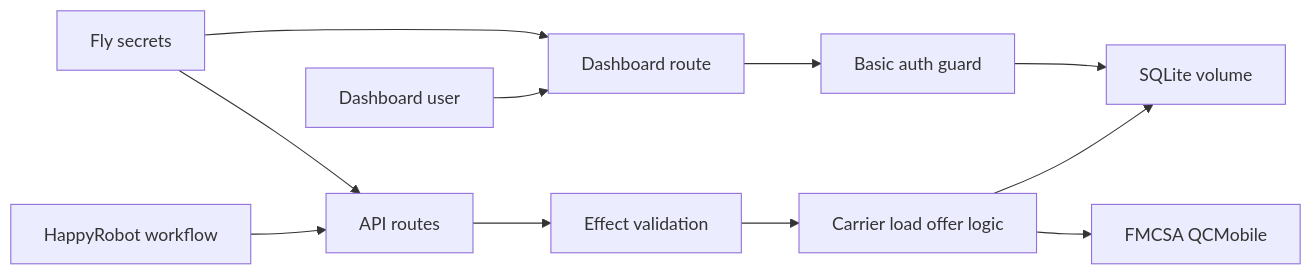
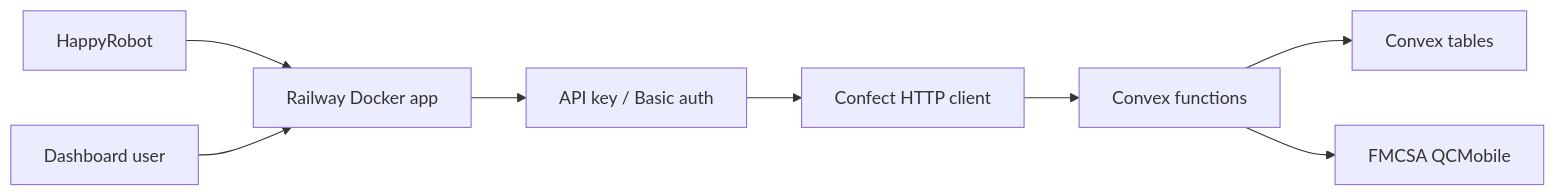
The diagram in docs/fde-threat-model.md (nabilfatih/happyrobot), drawn with Mermaid before and after one commit. The commit also changed other lines of this file and 63 other files, not shown here.

Commit message:
Use Convex backend for HappyRobot app

````diff
--- a/docs/fde-threat-model.md
+++ b/docs/fde-threat-model.md
@@ -74,13 +33,10 @@
 ```mermaid
 flowchart LR
-  HR["HappyRobot workflow"] --> API["API routes"]
-  OP["Dashboard user"] --> DASH["Dashboard route"]
-  API --> EFFECT["Effect validation"]
-  EFFECT --> DOMAIN["Carrier load offer logic"]
-  DOMAIN --> DB["SQLite volume"]
-  DOMAIN --> FMCSA["FMCSA QCMobile"]
-  DASH --> AUTH["Basic auth guard"]
-  AUTH --> DB
-  ENV["Fly secrets"] --> API
-  ENV --> DASH
+  HR["HappyRobot"] --> API["Railway Docker app"]
+  User["Dashboard user"] --> API
+  API --> Auth["API key / Basic auth"]
+  Auth --> Confect["Confect HTTP client"]
+  Confect --> Convex["Convex functions"]
+  Convex --> Store["Convex tables"]
+  Convex --> FMCSA["FMCSA QCMobile"]
 ```
````
